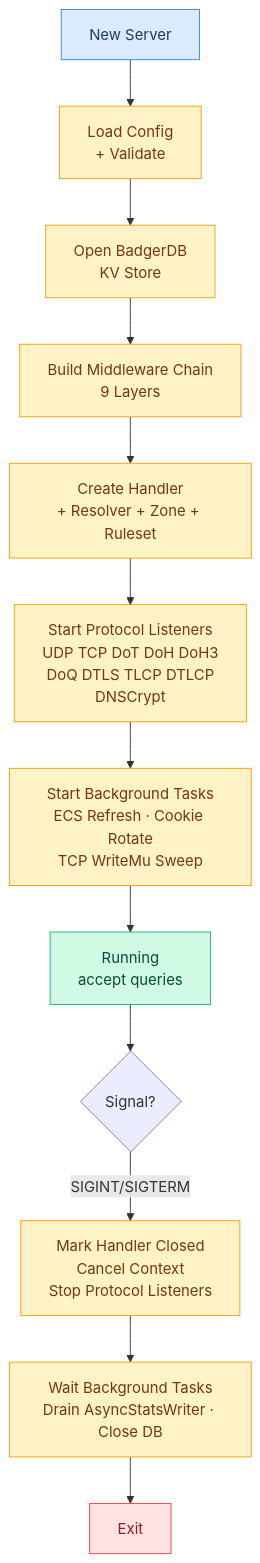
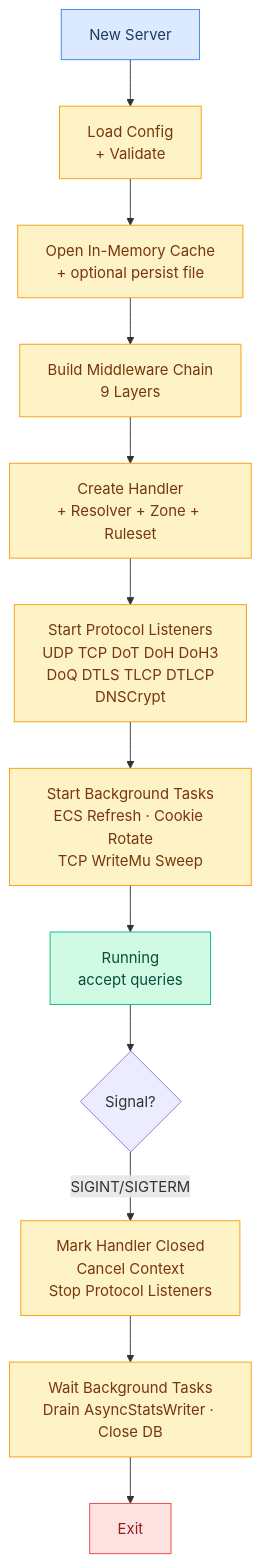
One commit to hezhijie0327/ZJDNS changed the second of 26 diagrams in docs/FLOWCHARTS.md. Above: the diagram before and after it, drawn with Mermaid. The commit also changed other lines of this file and 34 other files, not shown here.

````diff
--- a/docs/FLOWCHARTS.md
+++ b/docs/FLOWCHARTS.md
@@ -26,22 +26,22 @@
 ```mermaid
 graph TD
     START[New Server] --> LOADCONF[Load Config<br/>+ Validate]
-    LOADCONF --> INITDB[Open BadgerDB<br/>KV Store]
+    LOADCONF --> INITDB[Open In-Memory Cache<br/>+ optional persist file]
     INITDB --> INITMW[Build Middleware Chain<br/>9 Layers]
     INITMW --> INITHANDLER[Create Handler<br/>+ Resolver + Zone + Ruleset]
     INITHANDLER --> STARTPROTO[Start Protocol Listeners<br/>UDP TCP DoT DoH DoH3<br/>DoQ DTLS TLCP DTLCP<br/>DNSCrypt]
     STARTPROTO --> BG[Start Background Tasks<br/>ECS Refresh · Cookie Rotate<br/>TCP WriteMu Sweep]
     BG --> RUNNING[Running<br/>accept queries]
     RUNNING --> SIG{Signal?}
     SIG -->|SIGINT/SIGTERM| SHUTDOWN[Mark Handler Closed<br/>Cancel Context<br/>Stop Protocol Listeners]
     SHUTDOWN --> WAITBG[Wait Background Tasks<br/>Drain AsyncStatsWriter · Close DB]
     WAITBG --> EXIT[Exit]
     classDef start fill:#dbeafe,stroke:#3b82f6,color:#1e3a5f
     classDef proc fill:#fef3c7,stroke:#f59e0b,color:#78350f
     classDef running fill:#d1fae5,stroke:#10b981,color:#064e3b
     classDef exit fill:#fee2e2,stroke:#ef4444,color:#991b1b
     class START start
     class LOADCONF,INITDB,INITMW,INITHANDLER,STARTPROTO,BG,SHUTDOWN,WAITBG proc
     class RUNNING running
     class EXIT exit
 ```
````
